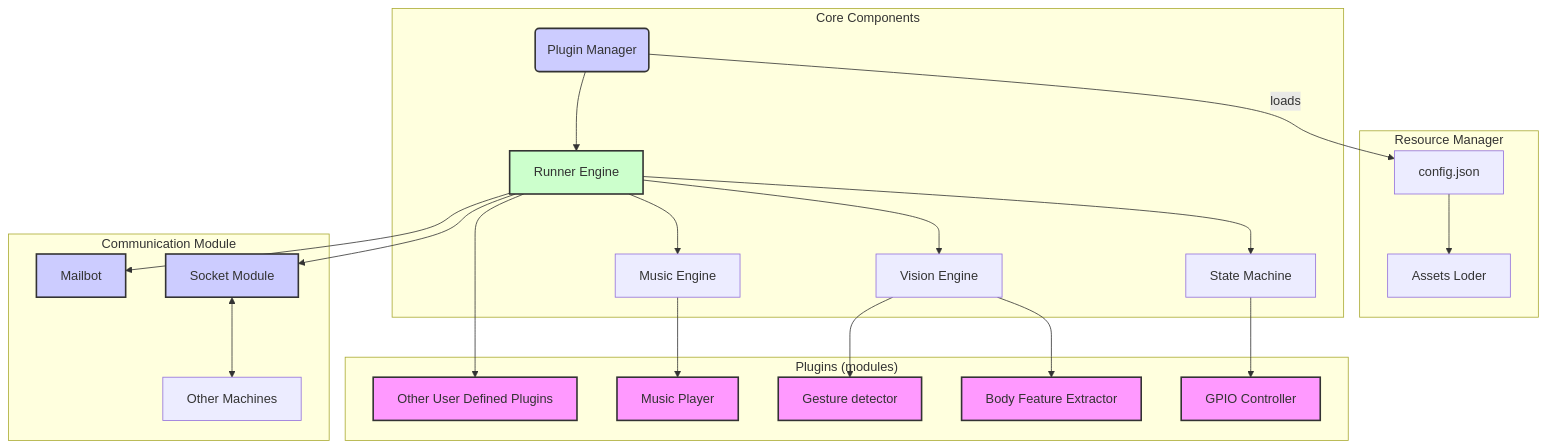
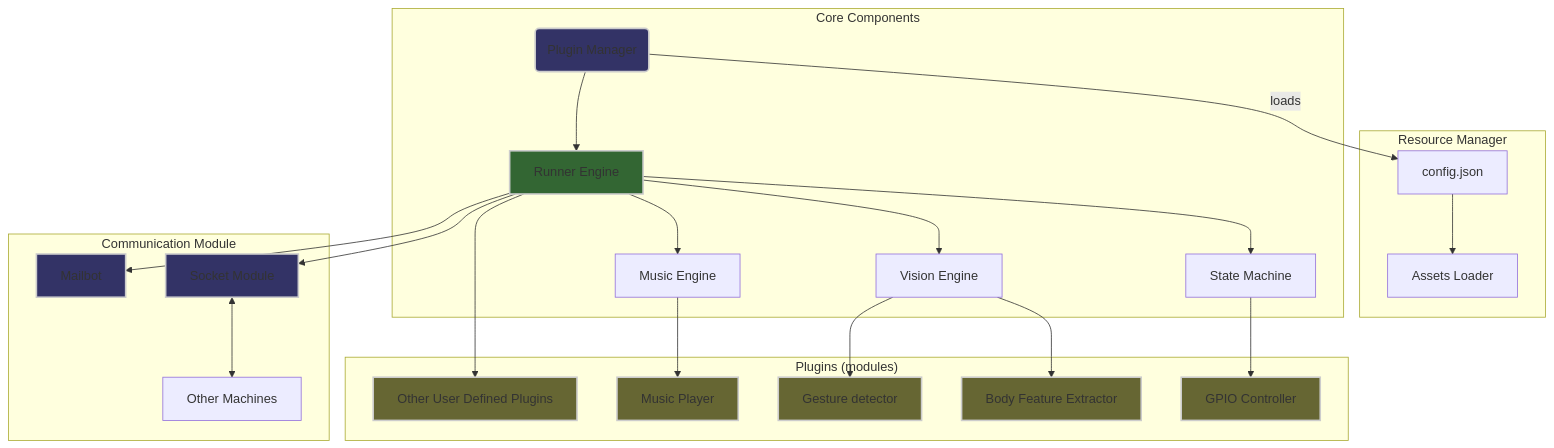
Before and after one commit to sergiudm/detectivePi: the diagram in README.md, drawn with Mermaid. The commit also changed 1 other file, not shown here.

Commit message:
docs: correct spelling of 'Loader' in architecture diagrams and update styles for better visual consistency

````diff
--- a/README.md
+++ b/README.md
@@ -17,40 +17,41 @@
 ```mermaid
-
 graph TD
     subgraph "Resource Manager"
         C[config.json]
-        C-->P[Assets Loder]
+        C-->P[Assets Loader]
     end
 
     subgraph "Core Components"
         B(Plugin Manager) -- loads--> C
         B --> D[Runner Engine]
         D --> E[State Machine]
         D --> N[Vision Engine]
         D --> F[Music Engine]
     end
 
     subgraph "Plugins (modules)"
         F --> G[Music Player]
+        D --> J[Other User Defined Plugins] 
         N --> H[Body Feature Extractor]
         N --> O[Gesture detector]
         E --> I[GPIO Controller]
-        D --> J[Other User Defined Plugins] 
     end
     
     subgraph "Communication Module"
       D --> K[Socket Module]
       D --> L[Mailbot]
       K <--> M[Other Machines]
     end
 
-    style B fill:#ccf,stroke:#333,stroke-width:2px
-    style D fill:#cfc,stroke:#333,stroke-width:2px
-    style G fill:#f9f,stroke:#333,stroke-width:2px
-    style H fill:#f9f,stroke:#333,stroke-width:2px
-    style I fill:#f9f,stroke:#333,stroke-width:2px
-    style J fill:#f9f,stroke:#333,stroke-width:2px
-    style O fill:#f9f,stroke:#333,stroke-width:2px
-    style K fill:#ccf,stroke:#333,stroke-width:2px
-    style L fill:#ccf,stroke:#333,stroke-width:2px
+   
+
+    style B fill:#336,stroke:#ccc,stroke-width:2px
+    style D fill:#363,stroke:#ccc,stroke-width:2px
+    style G fill:#663,stroke:#ccc,stroke-width:2px
+    style H fill:#663,stroke:#ccc,stroke-width:2px
+    style I fill:#663,stroke:#ccc,stroke-width:2px
+    style J fill:#663,stroke:#ccc,stroke-width:2px
+    style O fill:#663,stroke:#ccc,stroke-width:2px
+    style K fill:#336,stroke:#ccc,stroke-width:2px
+    style L fill:#336,stroke:#ccc,stroke-width:2px
 ```
````
